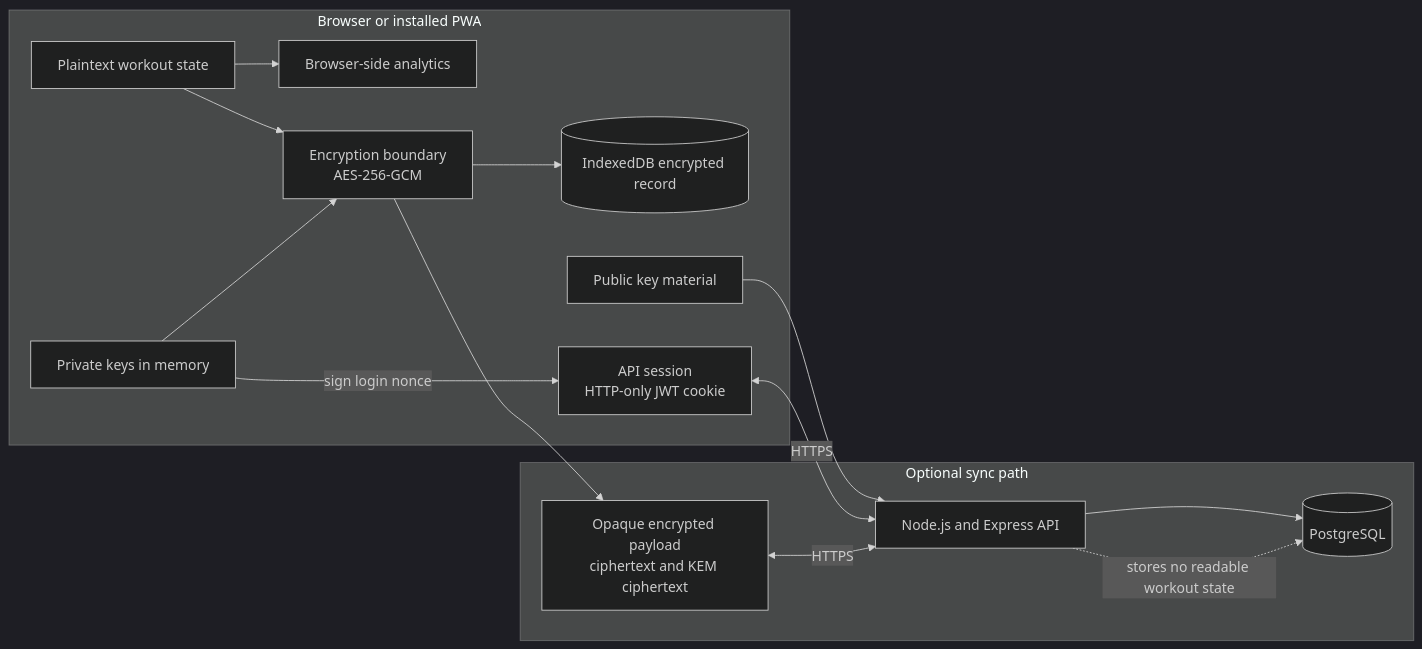
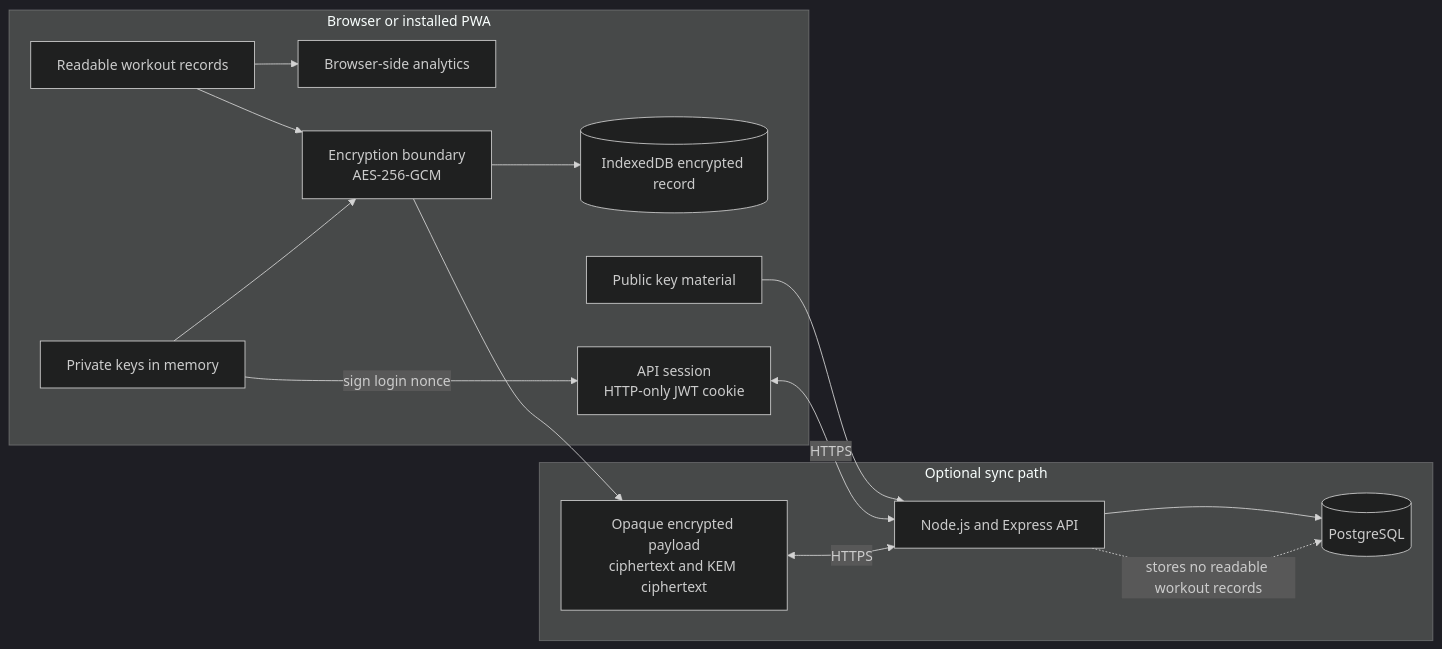
Before and after one commit to samueladegnan/zk-fitness-platform: the diagram in README.md, drawn with Mermaid (dark theme). The commit also changed other lines of this file and 9 other files, not shown here.

````diff
--- a/README.md
+++ b/README.md
@@ -55,30 +55,30 @@
 ```mermaid
 flowchart LR
   subgraph B[Browser or installed PWA]
-    P[Plaintext workout state]
+    P[Readable workout records]
     K[Private keys in memory]
     A[Browser-side analytics]
     I[(IndexedDB encrypted record)]
     E[Encryption boundary<br/>AES-256-GCM]
     S[API session<br/>HTTP-only JWT cookie]
     PK[Public key material]
   end
 
   subgraph C[Optional sync path]
     API[Node.js and Express API]
     O[Opaque encrypted payload<br/>ciphertext and KEM ciphertext]
     DB[(PostgreSQL)]
   end
 
   P --> A
   P --> E
   K --> E
   E --> I
   K -->|sign login nonce| S
   PK --> API
   S <-->|HTTPS| API
   E --> O
   O <-->|HTTPS| API
   API --> DB
-  API -. stores no readable workout state .-> DB
+  API -. stores no readable workout records .-> DB
 ```
````
